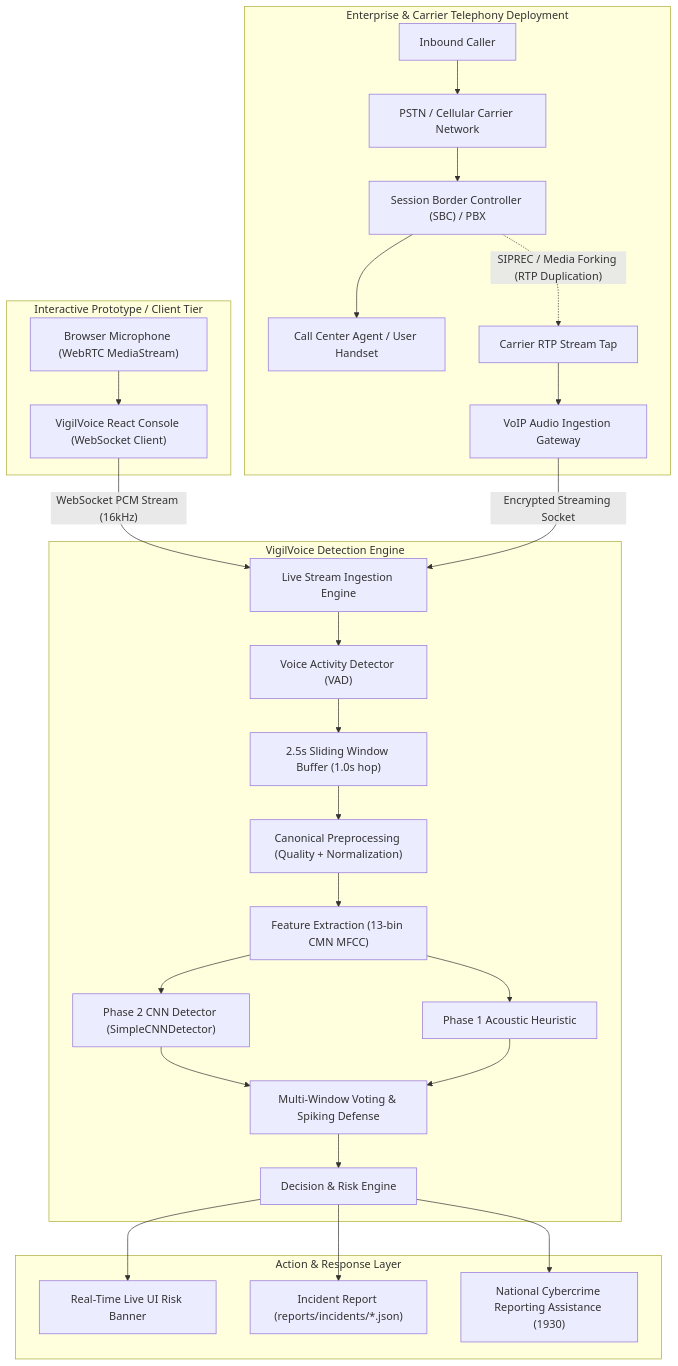
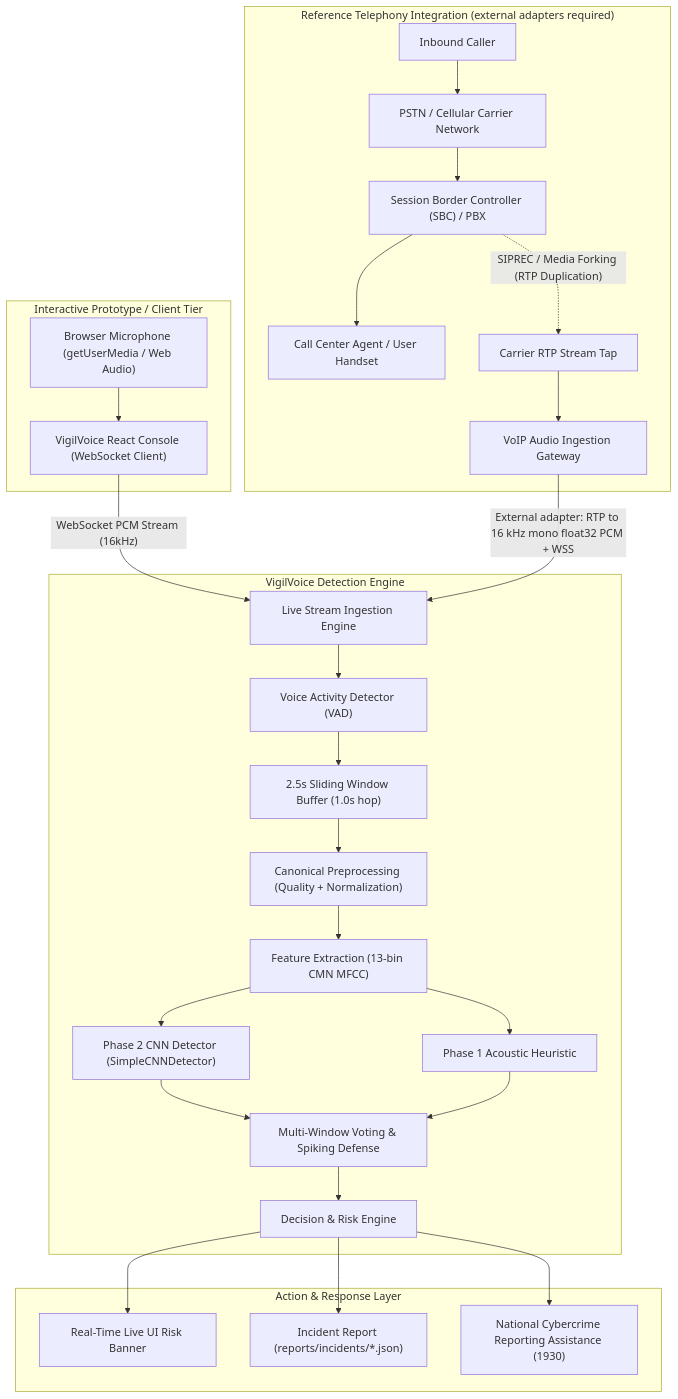
Before and after one commit to Abhi-Jha-18/vigil-voice: the diagram in README.md, drawn with Mermaid. The commit also changed other lines of this file and 4 other files, not shown here.

````diff
--- a/README.md
+++ b/README.md
@@ -202,39 +212,39 @@
 ```mermaid
 flowchart TD
     subgraph ClientPrototype ["Interactive Prototype / Client Tier"]
-        BrowserMic["Browser Microphone (WebRTC MediaStream)"] --> ClientWS["VigilVoice React Console (WebSocket Client)"]
+        BrowserMic["Browser Microphone (getUserMedia / Web Audio)"] --> ClientWS["VigilVoice React Console (WebSocket Client)"]
     end
 
-    subgraph ProductionTelephony ["Enterprise & Carrier Telephony Deployment"]
+    subgraph ProductionTelephony ["Reference Telephony Integration (external adapters required)"]
         Caller["Inbound Caller"] --> PSTN["PSTN / Cellular Carrier Network"]
         PSTN --> SBC["Session Border Controller (SBC) / PBX"]
         SBC --> Agent["Call Center Agent / User Handset"]
         SBC -.->|"SIPREC / Media Forking (RTP Duplication)"| ForkedRTP["Carrier RTP Stream Tap"]
         ForkedRTP --> MediaGateway["VoIP Audio Ingestion Gateway"]
     end
 
     subgraph VigilVoiceEngine ["VigilVoice Detection Engine"]
         ClientWS -->|"WebSocket PCM Stream (16kHz)"| StreamIngest["Live Stream Ingestion Engine"]
-        MediaGateway -->|"Encrypted Streaming Socket"| StreamIngest
+        MediaGateway -->|"External adapter: RTP to 16 kHz mono float32 PCM + WSS"| StreamIngest
         
         StreamIngest --> VAD["Voice Activity Detector (VAD)"]
         VAD --> Slider["2.5s Sliding Window Buffer (1.0s hop)"]
         
         Slider --> Preprocessing["Canonical Preprocessing (Quality + Normalization)"]
         Preprocessing --> Feats["Feature Extraction (13-bin CMN MFCC)"]
         
         Feats --> CNN["Phase 2 CNN Detector (SimpleCNNDetector)"]
         Feats --> Heuristic["Phase 1 Acoustic Heuristic"]
         
         CNN --> Aggregator["Multi-Window Voting & Spiking Defense"]
         Heuristic --> Aggregator
         
         Aggregator --> Decision["Decision & Risk Engine"]
     end
 
     subgraph ResponseLayer ["Action & Response Layer"]
         Decision --> LiveAlerts["Real-Time Live UI Risk Banner"]
         Decision --> IncidentExport["Incident Report (reports/incidents/*.json)"]
         Decision --> PortalAssist["National Cybercrime Reporting Assistance (1930)"]
     end
 ```
````
